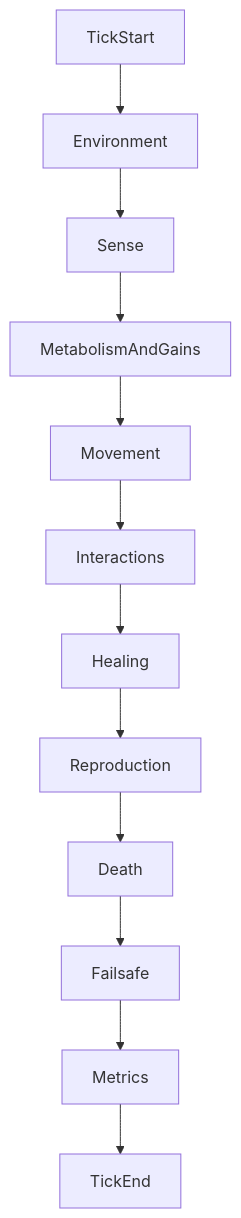
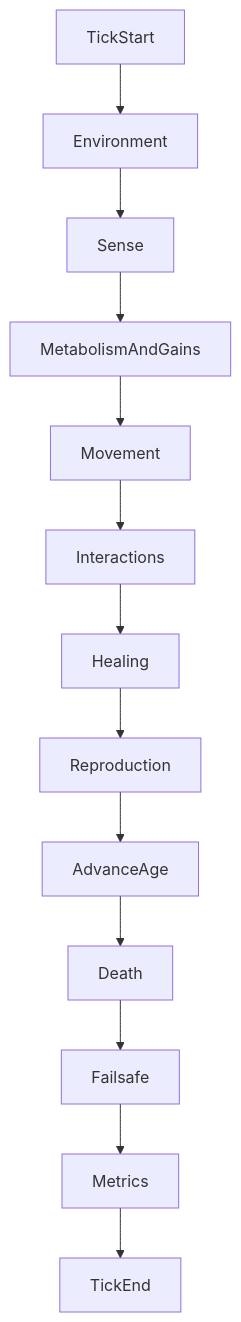
The diagram in docs/SIMULATION.md (CodapopKSP/Microcosm), drawn with Mermaid before and after one commit. The commit also changed other lines of this file and 42 other files, not shown here.

````diff
--- a/docs/SIMULATION.md
+++ b/docs/SIMULATION.md
@@ -122,14 +147,15 @@
 ```mermaid
 flowchart TD
   T[TickStart] --> E[Environment]
   E --> S[Sense]
   S --> M[MetabolismAndGains]
   M --> V[Movement]
   V --> I[Interactions]
   I --> H[Healing]
   H --> R[Reproduction]
-  R --> D[Death]
+  R --> A[AdvanceAge]
+  A --> D[Death]
   D --> F[Failsafe]
   F --> G[Metrics]
   G --> T2[TickEnd]
 ```
````
